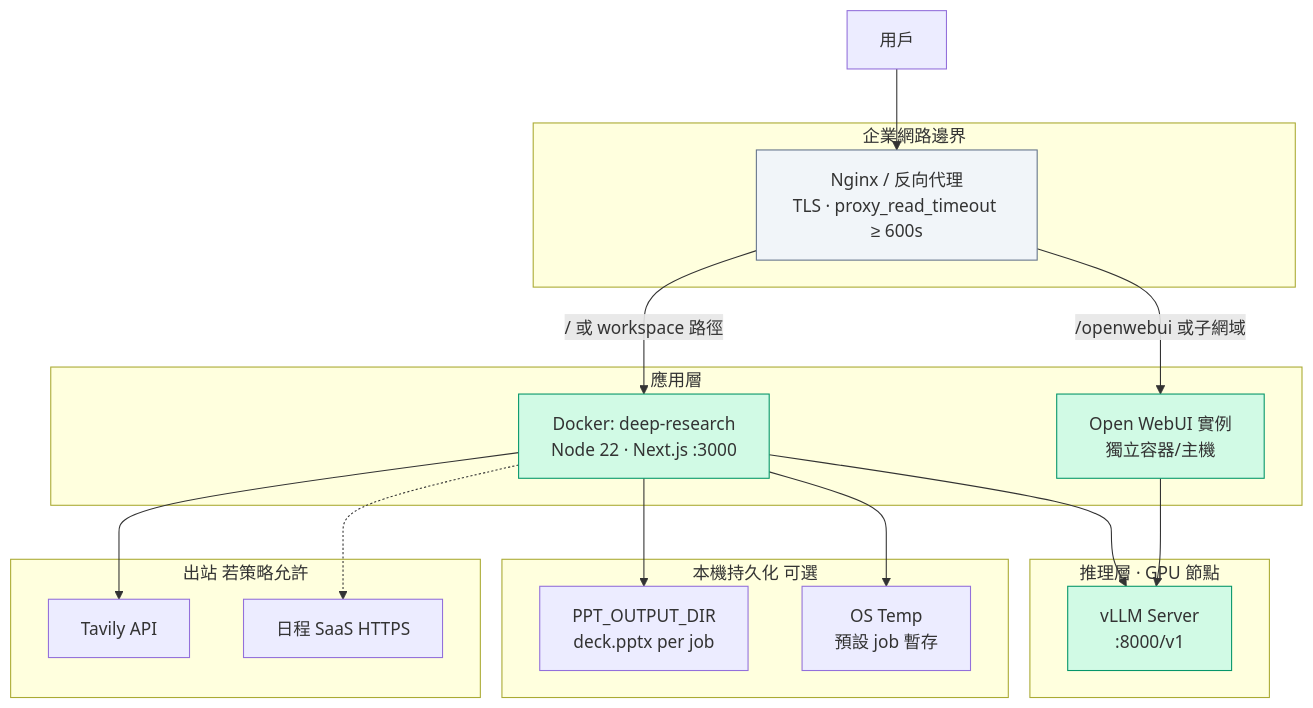
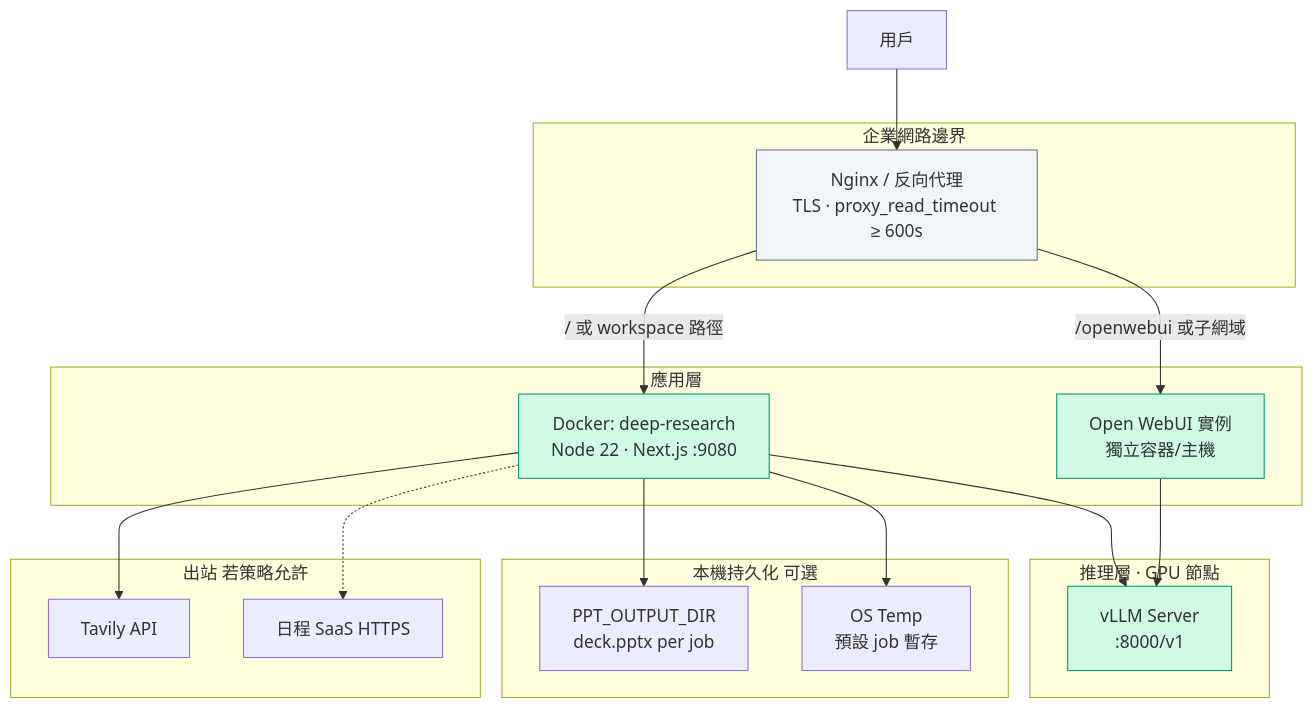
Before and after one commit to jackylee9018/deep-research: the second of 10 diagrams in docs/架構圖.md, drawn with Mermaid. The commit also changed other lines of this file and 50 other files, not shown here.

````diff
--- a/docs/架構圖.md
+++ b/docs/架構圖.md
@@ -61,41 +61,41 @@
 ```mermaid
 flowchart TB
     subgraph DMZ["企業網路邊界"]
         NGX[Nginx / 反向代理<br/>TLS · proxy_read_timeout ≥ 600s]
     end
 
     subgraph AppTier["應用層"]
-        DC[Docker: deep-research<br/>Node 22 · Next.js :3000]
+        DC[Docker: deep-research<br/>Node 22 · Next.js :9080]
         OWC[Open WebUI 實例<br/>獨立容器/主機]
     end
 
     subgraph AITier["推理層 · GPU 節點"]
         VLLM[vLLM Server<br/>:8000/v1]
     end
 
     subgraph DataTier["本機持久化 可選"]
         PPTDIR[PPT_OUTPUT_DIR<br/>deck.pptx per job]
         TEMP[OS Temp<br/>預設 job 暫存]
     end
 
     subgraph Internet["出站 若策略允許"]
         TAV[Tavily API]
         SAAS[日程 SaaS HTTPS]
     end
 
     User[用戶] --> NGX
     NGX -->|/ 或 workspace 路徑| DC
     NGX -->|/openwebui 或子網域| OWC
 
     DC --> VLLM
     OWC --> VLLM
     DC --> TAV
     DC -.-> SAAS
     DC --> PPTDIR
     DC --> TEMP
 
     classDef proxy fill:#f1f5f9,stroke:#64748b
     classDef compute fill:#d1fae5,stroke:#059669
     class NGX proxy
     class DC,OWC,VLLM compute
 ```
````
